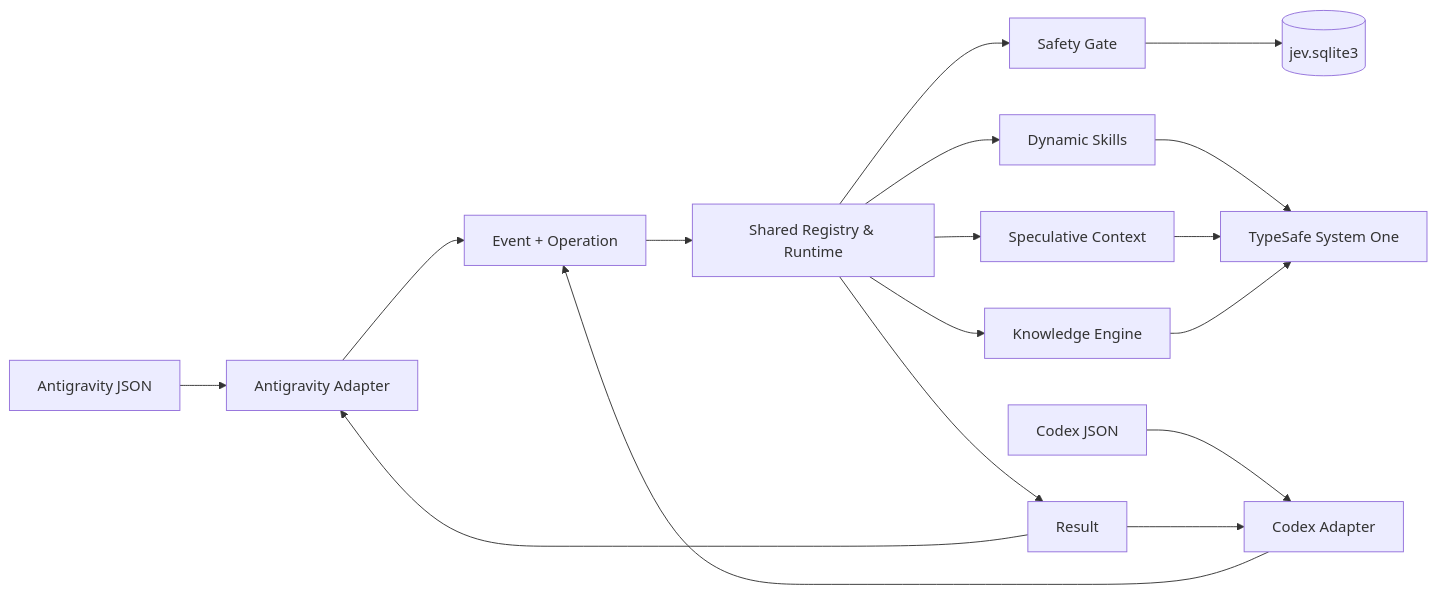
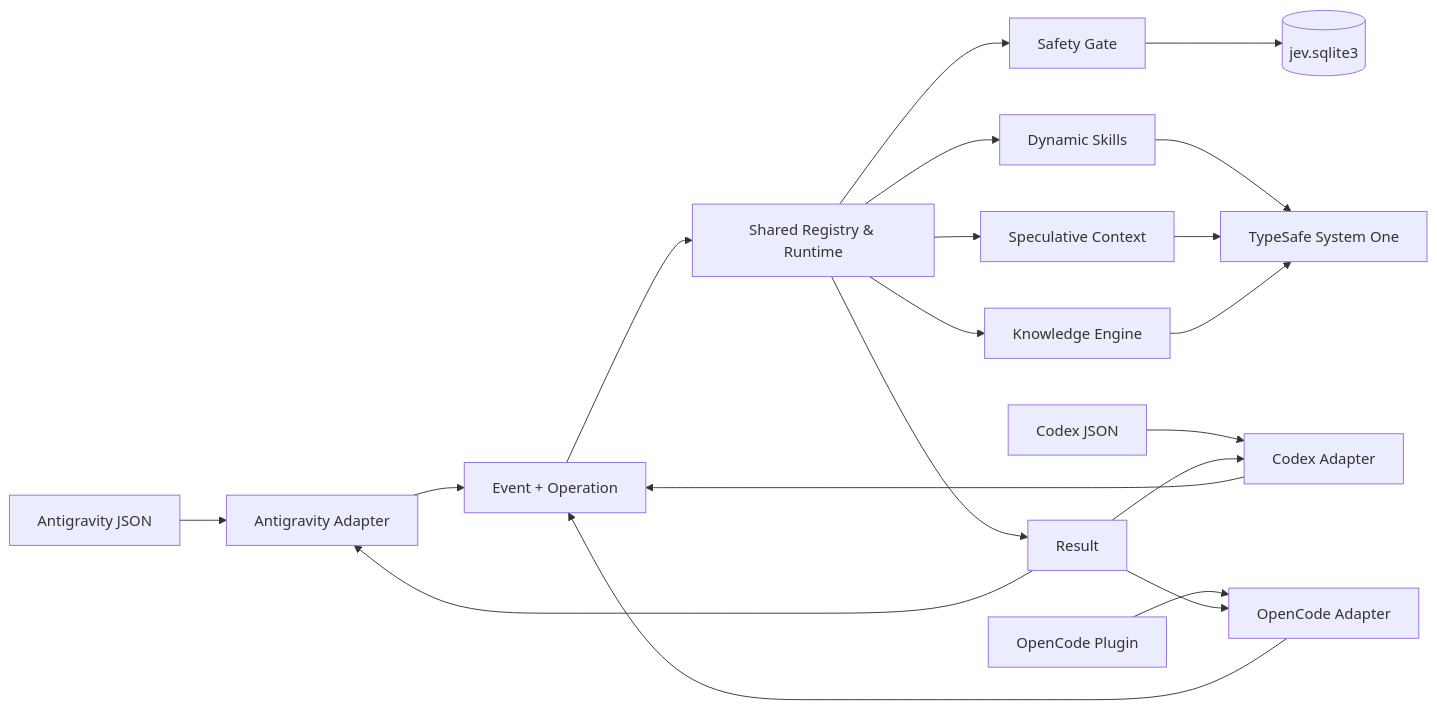
Before and after one commit to Ajasra/jev-hooks: the diagram in docs/ARCHITECTURE.md, drawn with Mermaid. The commit also changed other lines of this file and 11 other files, not shown here.

````diff
--- a/docs/ARCHITECTURE.md
+++ b/docs/ARCHITECTURE.md
@@ -15,19 +15,22 @@
 ```mermaid
 flowchart LR
     A[Antigravity JSON] --> AA[Antigravity Adapter]
     C[Codex JSON] --> CA[Codex Adapter]
+    OC[OpenCode Plugin] --> OA[OpenCode Adapter]
     AA --> E[Event + Operation]
     CA --> E
+    OA --> E
     E --> R[Shared Registry & Runtime]
     R --> S[Safety Gate]
     R --> SK[Dynamic Skills]
     R --> P[Speculative Context]
     R --> K[Knowledge Engine]
     S --> DB[(jev.sqlite3)]
     SK --> J[TypeSafe System One]
     P --> J
     K --> J
     R --> O[Result]
     O --> AA
     O --> CA
+    O --> OA
 ```
````
